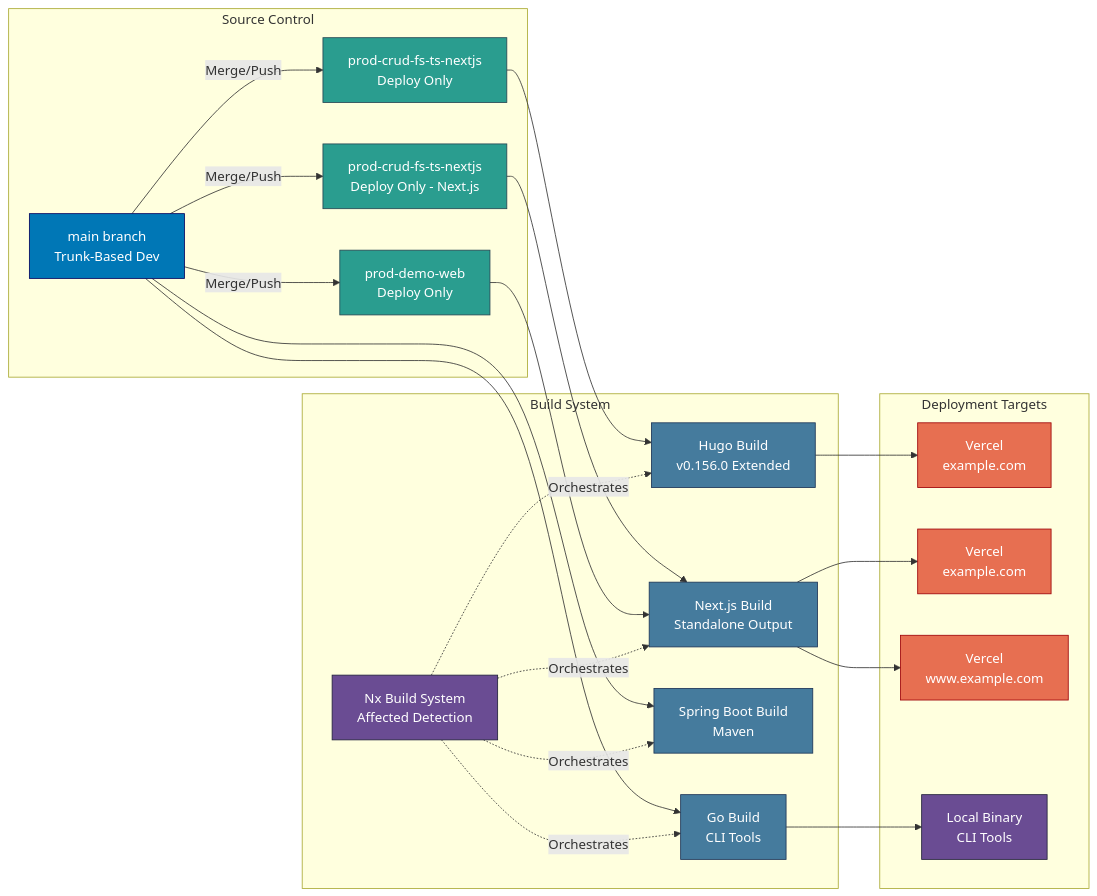
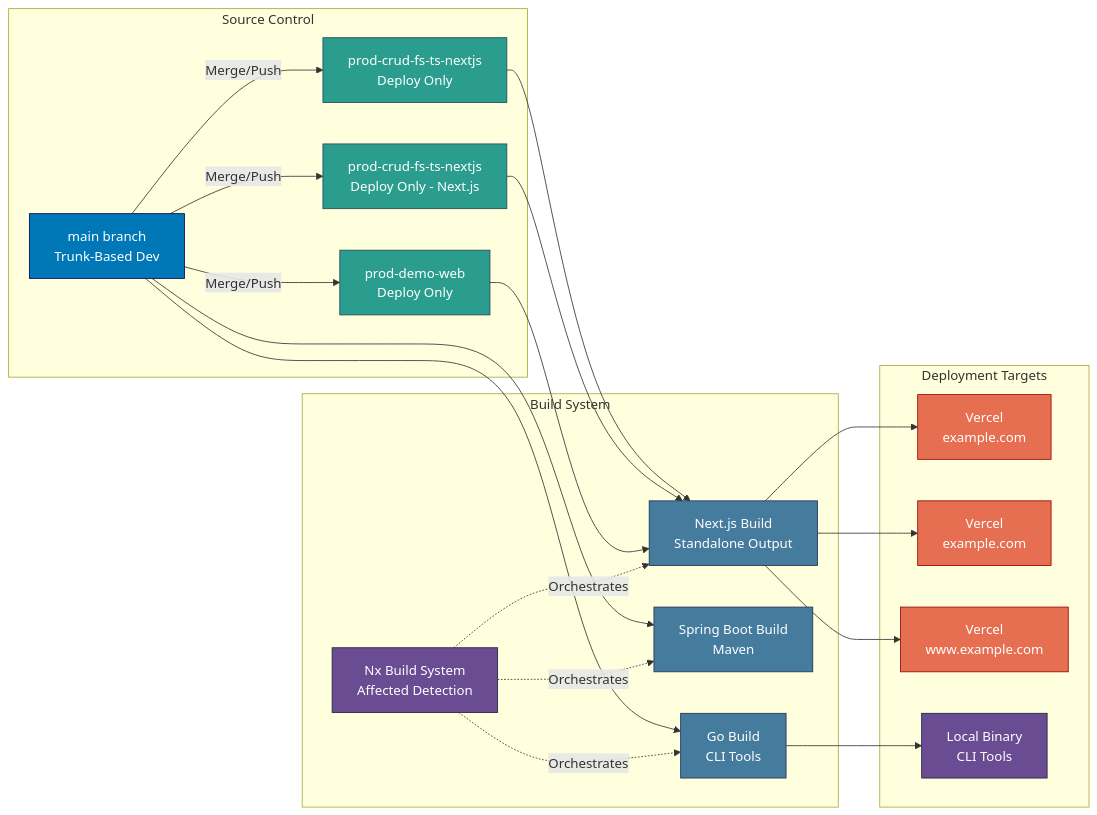
Before and after one commit to wahidyankf/ose-primer: the diagram in docs/reference/system-architecture/deployment.md, drawn with Mermaid. The commit also changed other lines of this file and 44 other files, not shown here.

````diff
--- a/docs/reference/system-architecture/deployment.md
+++ b/docs/reference/system-architecture/deployment.md
@@ -17,58 +17,55 @@
 ```mermaid
 graph LR
     subgraph "Source Control"
         MAIN[main branch<br/>Trunk-Based Dev]
         PROD_OSE[prod-crud-fs-ts-nextjs<br/>Deploy Only]
         PROD_AYO[prod-crud-fs-ts-nextjs<br/>Deploy Only - Next.js]
         PROD_OL[prod-demo-web<br/>Deploy Only]
     end
 
     subgraph "Build System"
         NX_BUILD[Nx Build System<br/>Affected Detection]
-        HUGO_BUILD[Hugo Build<br/>v0.156.0 Extended]
         NEXT_BUILD[Next.js Build<br/>Standalone Output]
         SPRING_BUILD[Spring Boot Build<br/>Maven]
         GO_BUILD[Go Build<br/>CLI Tools]
     end
 
     subgraph "Deployment Targets"
         VERCEL_OSE[Vercel<br/>example.com]
         VERCEL_AYO[Vercel<br/>example.com]
         VERCEL_OL[Vercel<br/>www.example.com]
         LOCAL[Local Binary<br/>CLI Tools]
     end
 
     MAIN -->|Merge/Push| PROD_OSE
     MAIN -->|Merge/Push| PROD_AYO
     MAIN -->|Merge/Push| PROD_OL
 
-    PROD_OSE --> HUGO_BUILD
+    PROD_OSE --> NEXT_BUILD
     PROD_AYO --> NEXT_BUILD
     PROD_OL --> NEXT_BUILD
     MAIN --> GO_BUILD
     MAIN --> SPRING_BUILD
 
-    HUGO_BUILD --> VERCEL_OSE
+    NEXT_BUILD --> VERCEL_OSE
     NEXT_BUILD --> VERCEL_AYO
     NEXT_BUILD --> VERCEL_OL
     GO_BUILD --> LOCAL
 
-    NX_BUILD -.->|Orchestrates| HUGO_BUILD
     NX_BUILD -.->|Orchestrates| NEXT_BUILD
     NX_BUILD -.->|Orchestrates| SPRING_BUILD
     NX_BUILD -.->|Orchestrates| GO_BUILD
 
     style MAIN fill:#0077b6,stroke:#03045e,color:#ffffff
     style PROD_OSE fill:#2a9d8f,stroke:#264653,color:#ffffff
     style PROD_AYO fill:#2a9d8f,stroke:#264653,color:#ffffff
     style PROD_OL fill:#2a9d8f,stroke:#264653,color:#ffffff
     style NX_BUILD fill:#6a4c93,stroke:#22223b,color:#ffffff
-    style HUGO_BUILD fill:#457b9d,stroke:#1d3557,color:#ffffff
     style NEXT_BUILD fill:#457b9d,stroke:#1d3557,color:#ffffff
     style SPRING_BUILD fill:#457b9d,stroke:#1d3557,color:#ffffff
     style GO_BUILD fill:#457b9d,stroke:#1d3557,color:#ffffff
     style VERCEL_OSE fill:#e76f51,stroke:#9d0208,color:#ffffff
     style VERCEL_AYO fill:#e76f51,stroke:#9d0208,color:#ffffff
     style VERCEL_OL fill:#e76f51,stroke:#9d0208,color:#ffffff
     style LOCAL fill:#6a4c93,stroke:#22223b,color:#ffffff
 ```
````
